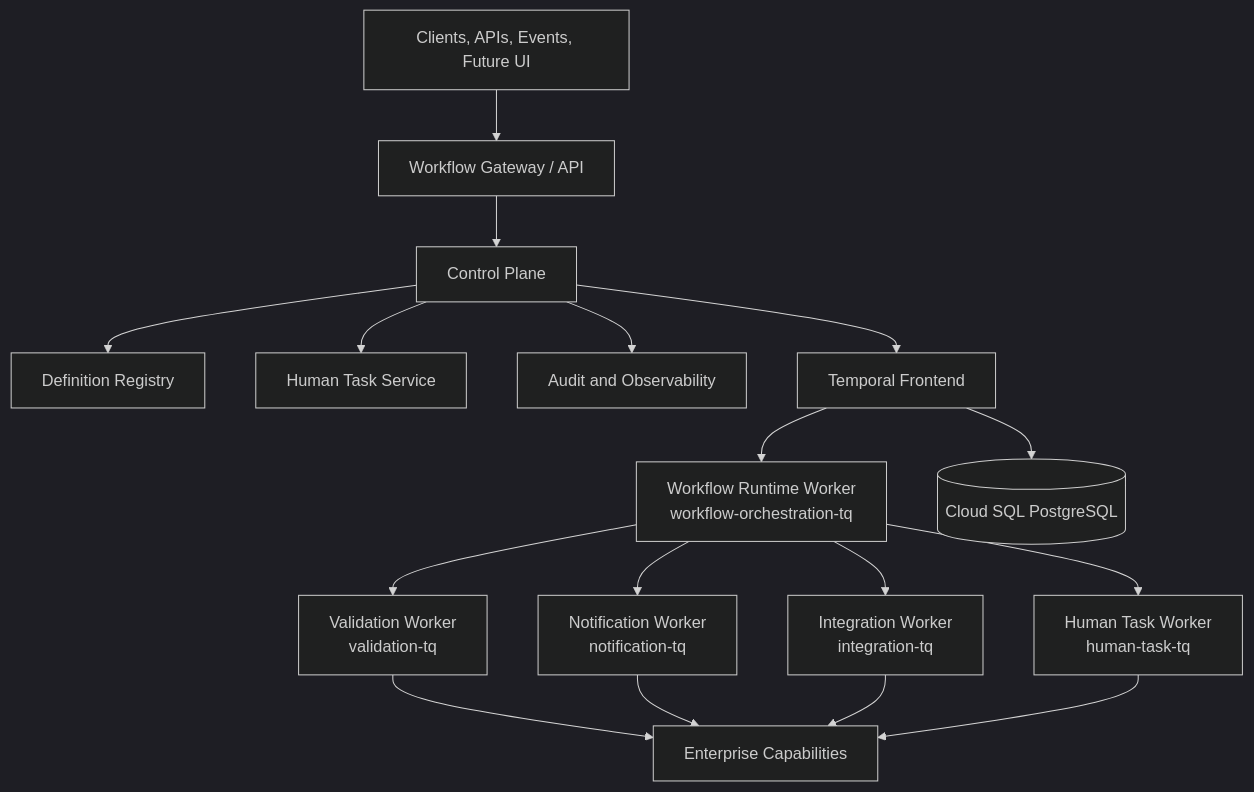
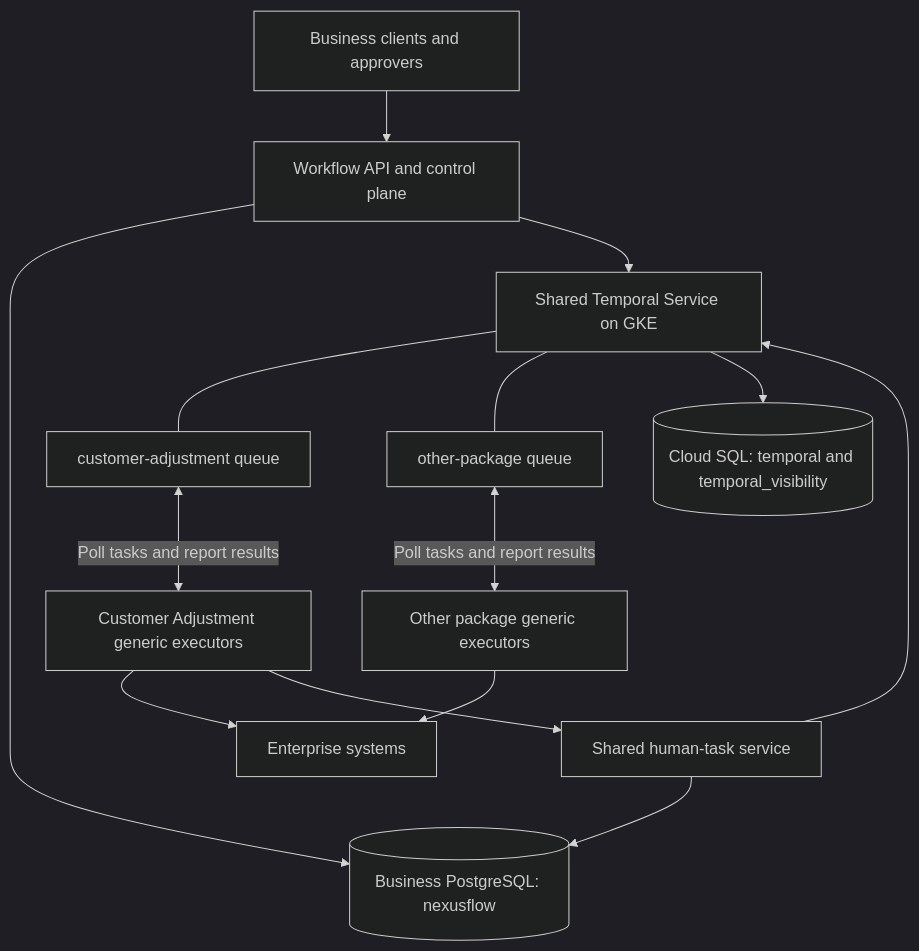
The diagram in specs/001-enterprise-workflow-platform/plan.md (amitkohad/NexusFlow), drawn with Mermaid (dark theme) before and after one commit. The commit also changed other lines of this file and 94 other files, not shown here.

First line of the commit message:
feat(workers): add human-task-worker, integration-worker, notification-worker, sample-business-worker, and validation-worker

````diff
--- a/specs/001-enterprise-workflow-platform/plan.md
+++ b/specs/001-enterprise-workflow-platform/plan.md
@@ -42,19 +47,16 @@
 ```mermaid
 flowchart TD
-    C[Clients, APIs, Events, Future UI] --> G[Workflow Gateway / API]
-    G --> CP[Control Plane]
-    CP --> R[Definition Registry]
-    CP --> HT[Human Task Service]
-    CP --> A[Audit and Observability]
-    CP --> T[Temporal Frontend]
-    T --> WR[Workflow Runtime Worker\nworkflow-orchestration-tq]
-    WR --> V[Validation Worker\nvalidation-tq]
-    WR --> N[Notification Worker\nnotification-tq]
-    WR --> I[Integration Worker\nintegration-tq]
-    WR --> H[Human Task Worker\nhuman-task-tq]
-    V --> E[Enterprise Capabilities]
-    N --> E
-    I --> E
-    H --> E
-    T --> DB[(Cloud SQL PostgreSQL)]
+    C[Business clients and approvers] --> API[Workflow API and control plane]
+    API --> BDB[(Business PostgreSQL: nexusflow)]
+    API --> T[Shared Temporal Service on GKE]
+    T --- QA[customer-adjustment queue]
+    T --- QB[other-package queue]
+    QA <-->|Poll tasks and report results| A[Customer Adjustment generic executors]
+    QB <-->|Poll tasks and report results| B[Other package generic executors]
+    A --> E[Enterprise systems]
+    B --> E
+    A --> HT[Shared human-task service]
+    HT --> BDB
+    HT --> T
+    T --> TDB[(Cloud SQL: temporal and temporal_visibility)]
 ```
````
